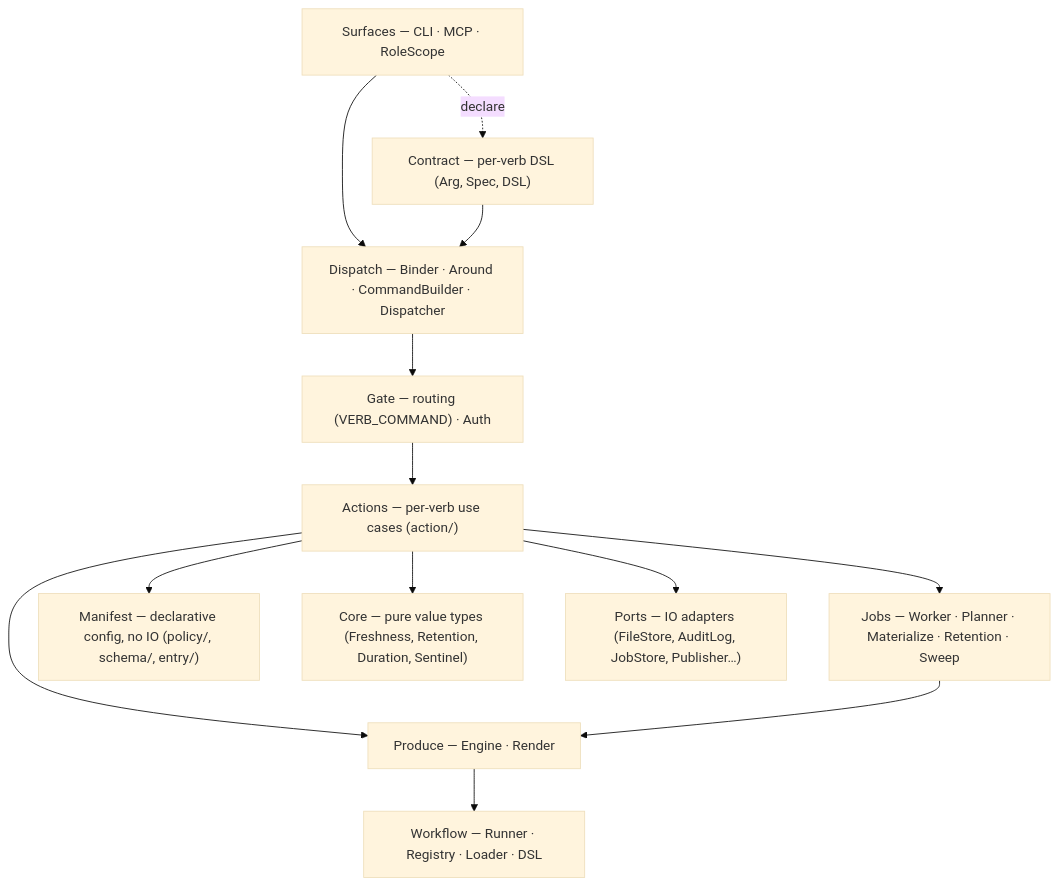
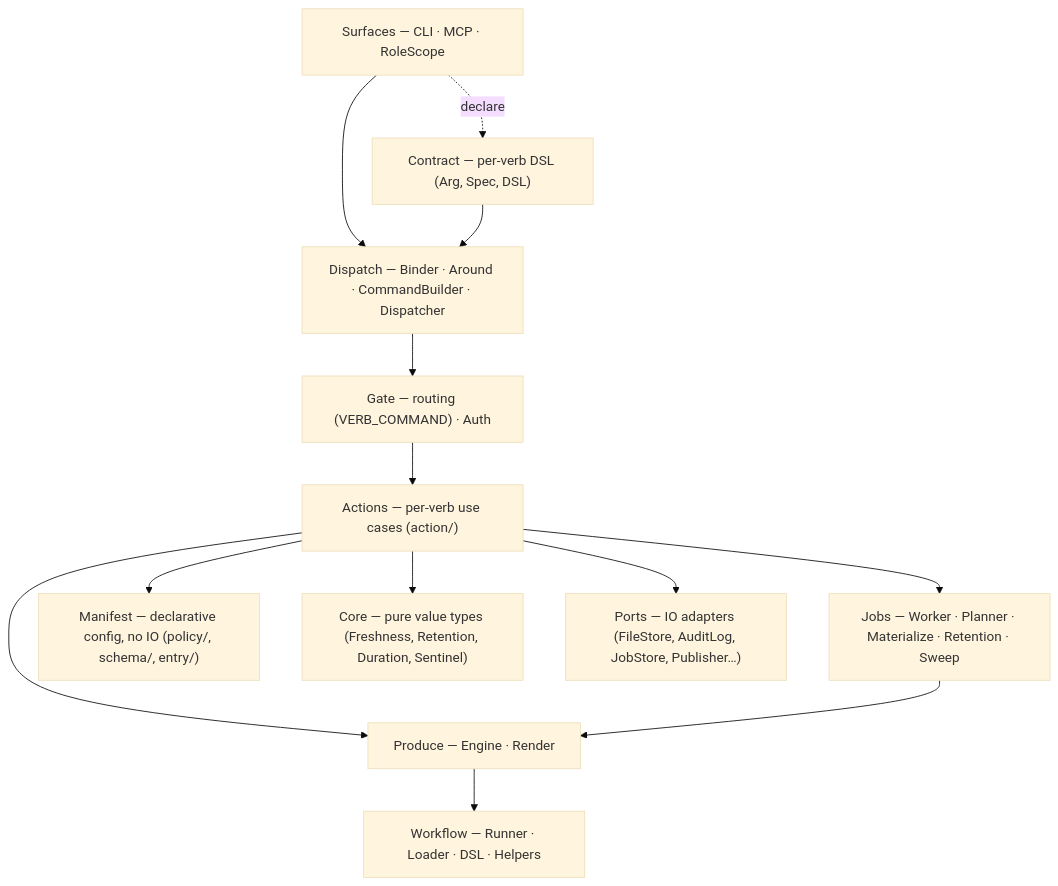
The diagram in docs/architecture/README.md (patrick204nqh/textus), drawn with Mermaid (base theme) before and after one commit. The commit also changed other lines of this file and 9 other files, not shown here.

Commit message:
docs(architecture): sync docs to phase 3 refactor — Infrastructure container, workflow DSL surface, no Registry/Collector/Publisher

````diff
--- a/docs/architecture/README.md
+++ b/docs/architecture/README.md
@@ -30,26 +30,26 @@
 ```mermaid
 flowchart TD
     surfaces["Surfaces — CLI · MCP · RoleScope"]
     contract["Contract — per-verb DSL (Arg, Spec, DSL)"]
     dispatch["Dispatch — Binder · Around · CommandBuilder · Dispatcher"]
     gate["Gate — routing (VERB_COMMAND) · Auth"]
     action["Actions — per-verb use cases (action/)"]
     jobs["Jobs — Worker · Planner · Materialize · Retention · Sweep"]
     produce["Produce — Engine · Render"]
-    workflow["Workflow — Runner · Registry · Loader · DSL"]
+    workflow["Workflow — Runner · Loader · DSL · Helpers"]
     manifest["Manifest — declarative config, no IO (policy/, schema/, entry/)"]
     core["Core — pure value types (Freshness, Retention, Duration, Sentinel)"]
     ports["Ports — IO adapters (FileStore, AuditLog, JobStore, Publisher…)"]
     surfaces --> dispatch
     surfaces -.->|declare| contract
     contract --> dispatch
     dispatch --> gate
     gate --> action
     action --> jobs
     action --> produce
     produce --> workflow
     action --> manifest
     action --> core
     action --> ports
     jobs --> produce
 ```
````
